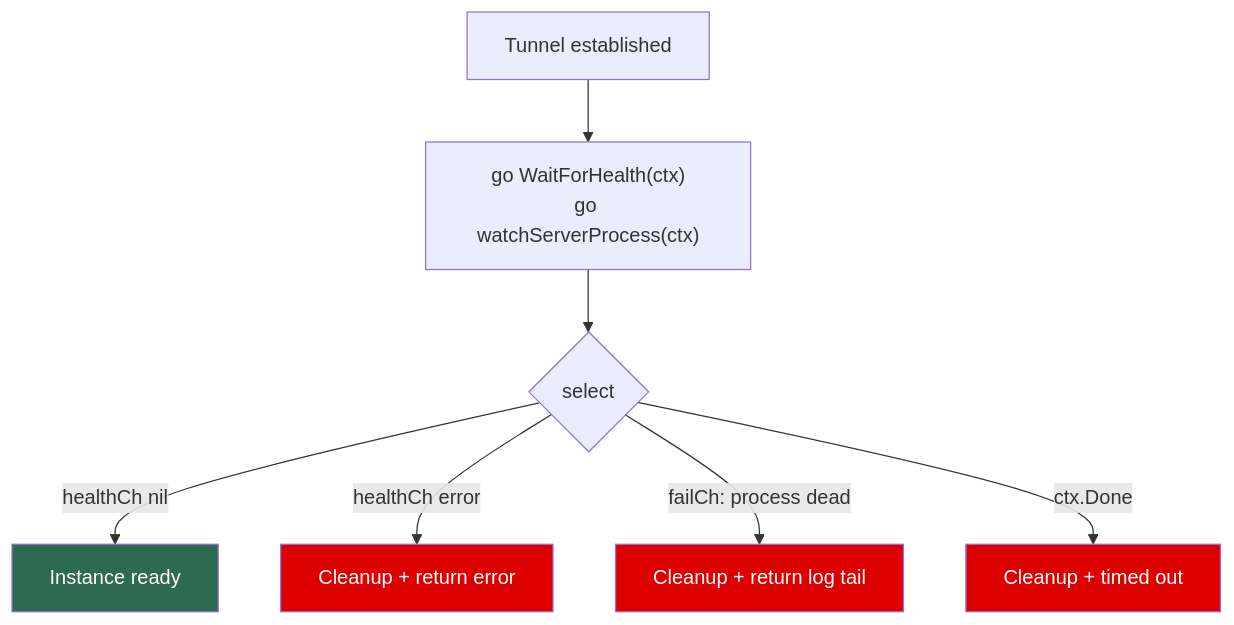
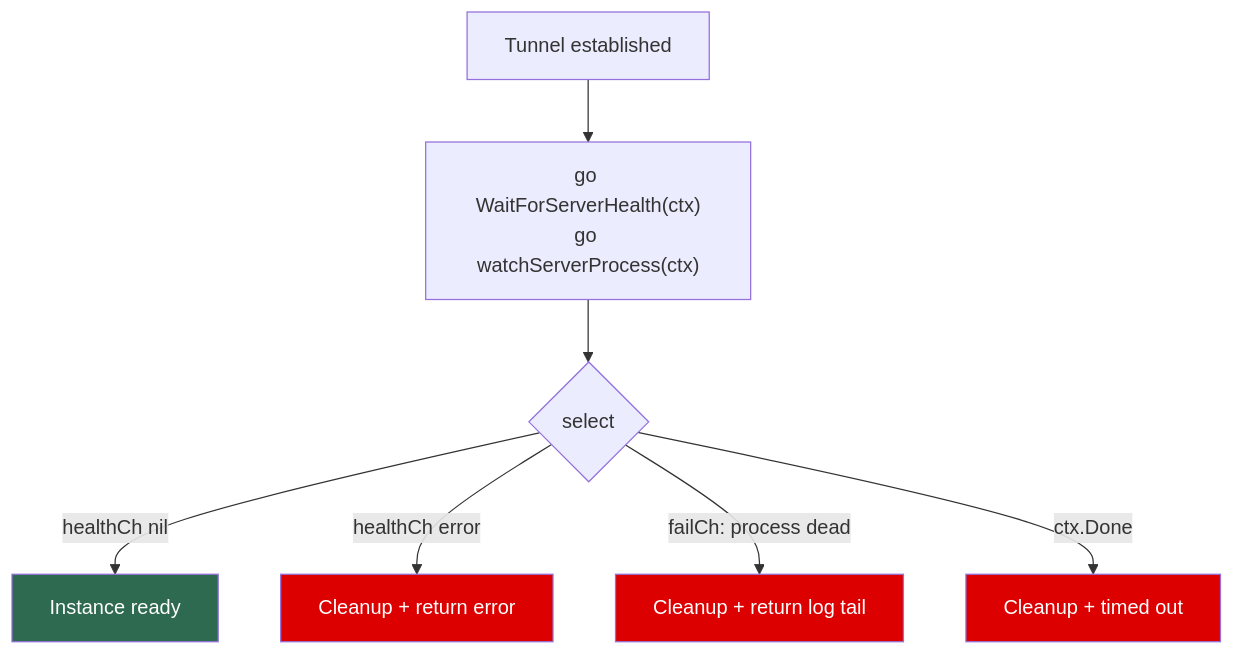
The fourth of 6 diagrams in docs/Solution.md (WWTLF/mycodeagent), drawn with Mermaid before and after one commit. The commit also changed other lines of this file and 22 other files, not shown here.

````diff
--- a/docs/Solution.md
+++ b/docs/Solution.md
@@ -297,14 +414,14 @@
 ```mermaid
 flowchart TD
-    START["Tunnel established"] --> SPAWN["go WaitForHealth(ctx)<br/>go watchServerProcess(ctx)"]
+    START["Tunnel established"] --> SPAWN["go WaitForServerHealth(ctx)<br/>go watchServerProcess(ctx)"]
     SPAWN --> SELECT{"select"}
     SELECT -->|healthCh nil| OK["Instance ready"]
     SELECT -->|healthCh error| FAIL["Cleanup + return error"]
     SELECT -->|failCh: process dead| CRASH["Cleanup + return log tail"]
     SELECT -->|ctx.Done| TIMEOUT["Cleanup + timed out"]
 
     style OK fill:#2d6a4f,color:#fff
     style FAIL fill:#d00,color:#fff
     style CRASH fill:#d00,color:#fff
     style TIMEOUT fill:#d00,color:#fff
 ```
````
